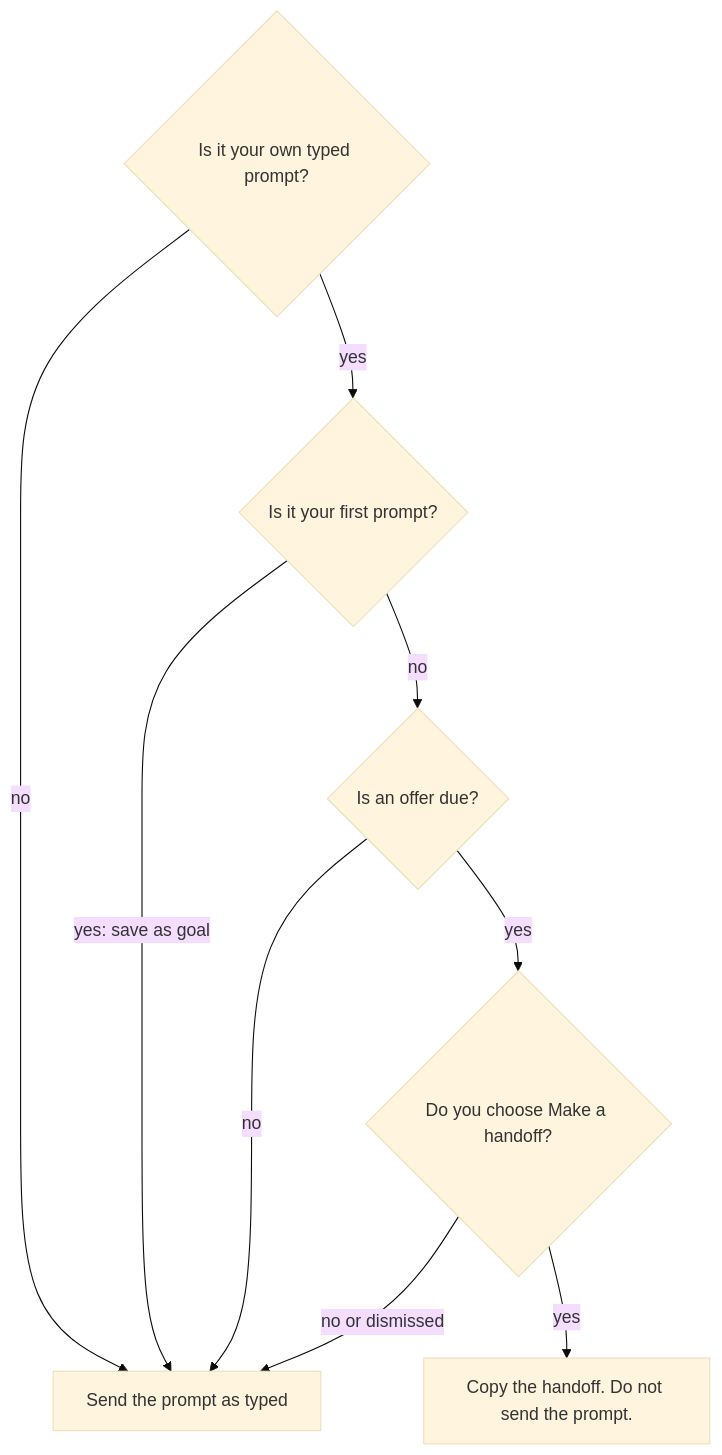
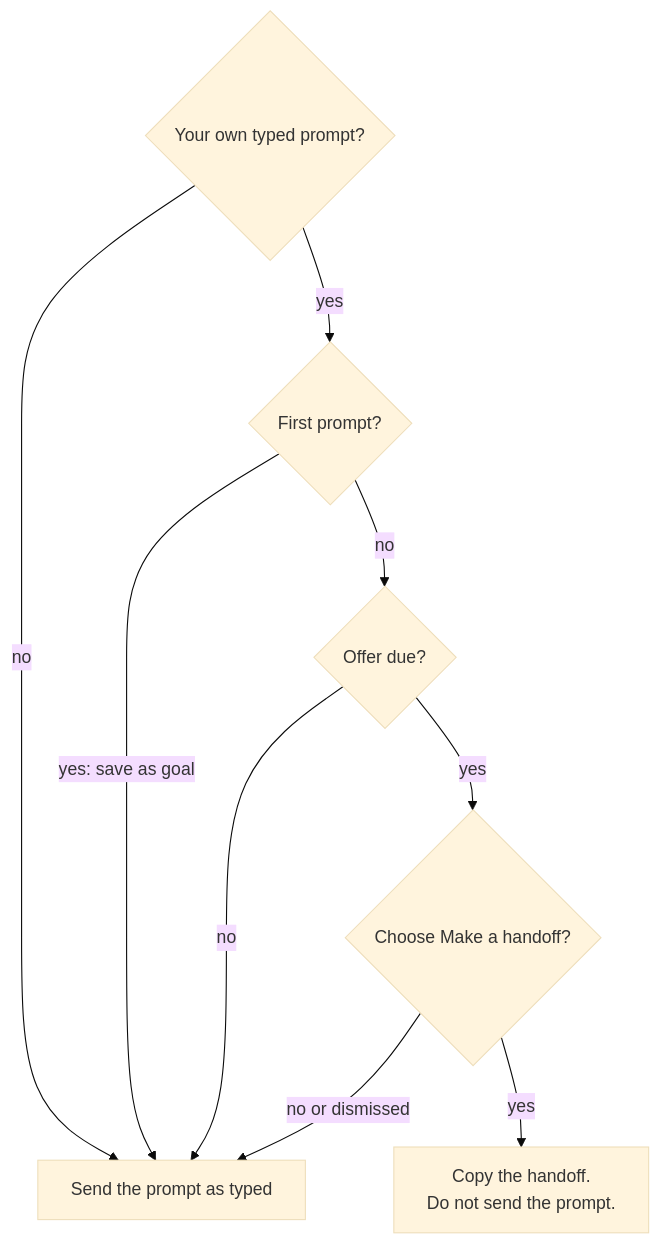
One commit to plaktoz/claude-mods changed the second of 4 diagrams in mods/handoff/README.md. Above: the diagram before and after it, drawn with Mermaid (base theme). The commit also changed other lines of this file and 21 other files, not shown here.

````diff
--- a/mods/handoff/README.md
+++ b/mods/handoff/README.md
@@ -88,11 +93,11 @@
 ```mermaid
 flowchart TD
-    Q1{"Is it your own typed prompt?"} -->|yes| Q2
+    Q1{"Your own typed prompt?"} -->|yes| Q2
     Q1 -->|no| S["Send the prompt as typed"]
-    Q2{"Is it your first prompt?"} -->|"yes: save as goal"| S
+    Q2{"First prompt?"} -->|"yes: save as goal"| S
     Q2 -->|no| Q3
-    Q3{"Is an offer due?"} -->|no| S
+    Q3{"Offer due?"} -->|no| S
     Q3 -->|yes| Q4
-    Q4{"Do you choose Make a handoff?"} -->|"no or dismissed"| S
-    Q4 -->|yes| E["Copy the handoff. Do not send the prompt."]
+    Q4{"Choose Make a handoff?"} -->|"no or dismissed"| S
+    Q4 -->|yes| E["Copy the handoff.<br/>Do not send the prompt."]
 ```
````
